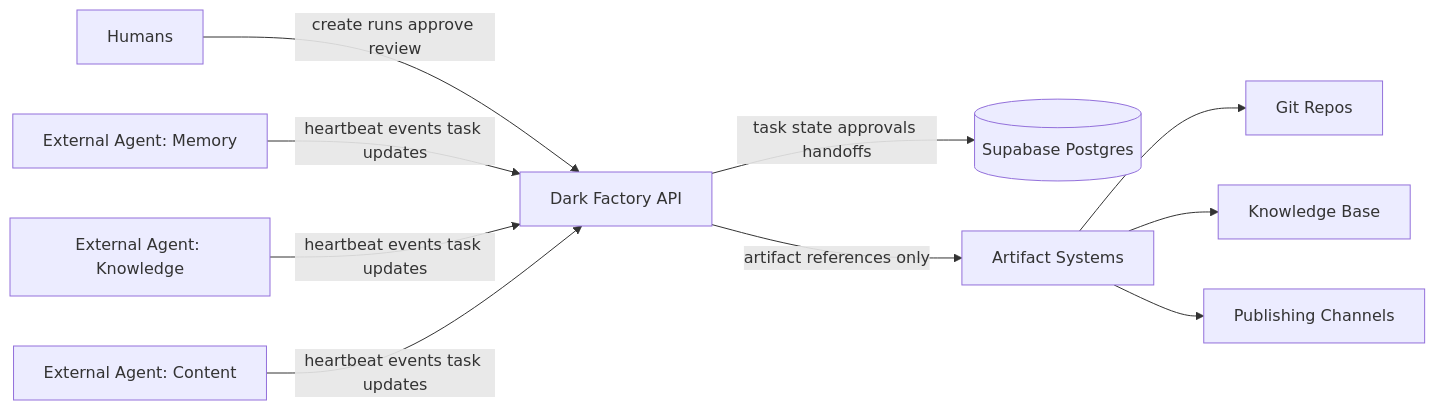
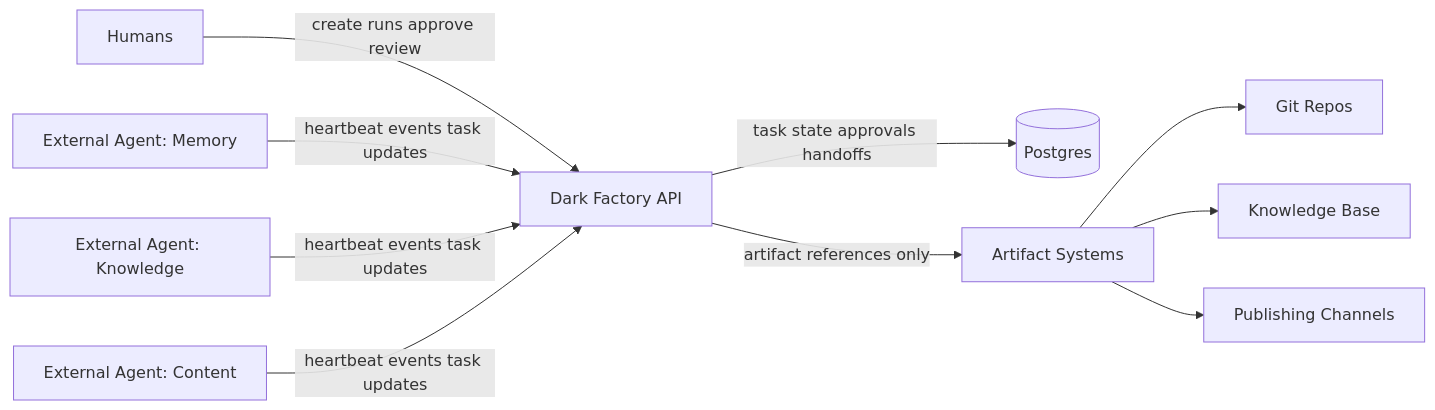
Before and after one commit to raid-guild/dark-factory: the first of 3 diagrams in README.md, drawn with Mermaid. The commit also changed 29 other files, not shown here.

````diff
--- a/README.md
+++ b/README.md
@@ -7,12 +7,12 @@
 ```mermaid
 flowchart LR
     H[Humans] -->|create runs approve review| DF[Dark Factory API]
     A1[External Agent: Memory] -->|heartbeat events task updates| DF
     A2[External Agent: Knowledge] -->|heartbeat events task updates| DF
     A3[External Agent: Content] -->|heartbeat events task updates| DF
-    DF -->|task state approvals handoffs| DB[(Supabase Postgres)]
+    DF -->|task state approvals handoffs| DB[(Postgres)]
     DF -->|artifact references only| AR[Artifact Systems]
     AR --> Git[Git Repos]
     AR --> KB[Knowledge Base]
     AR --> Pub[Publishing Channels]
 ```
````
